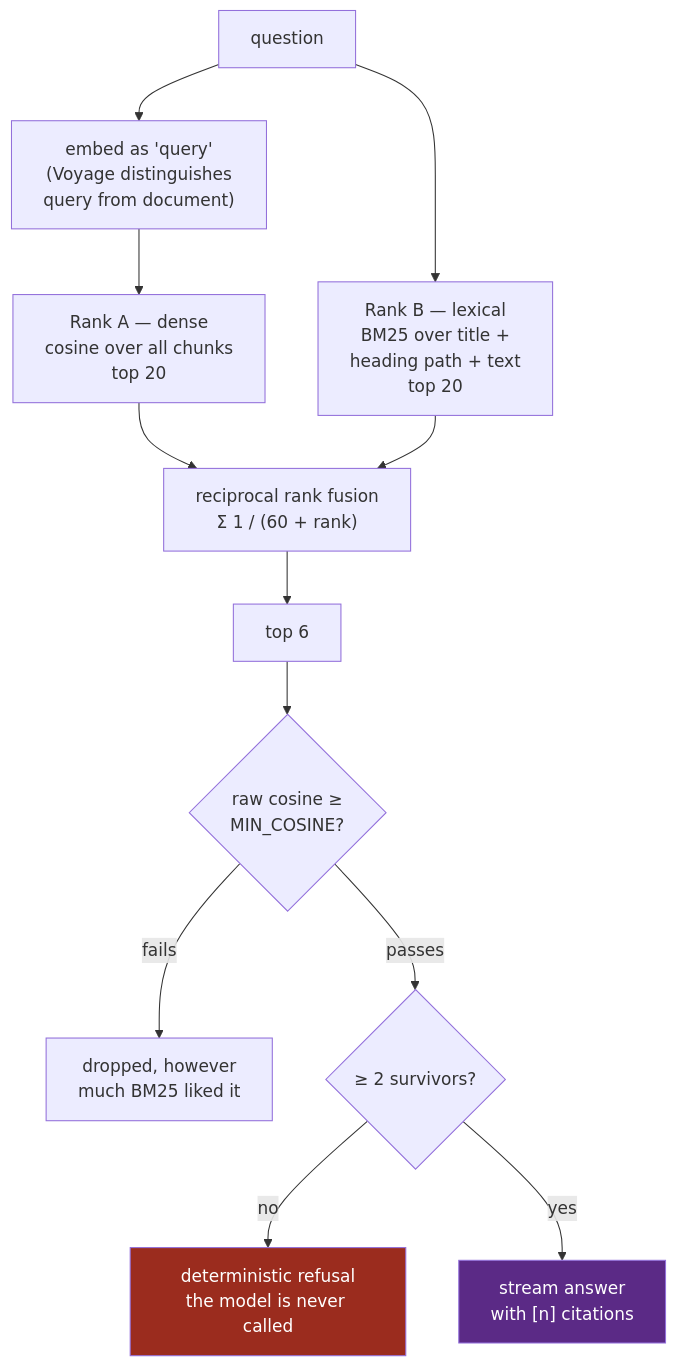
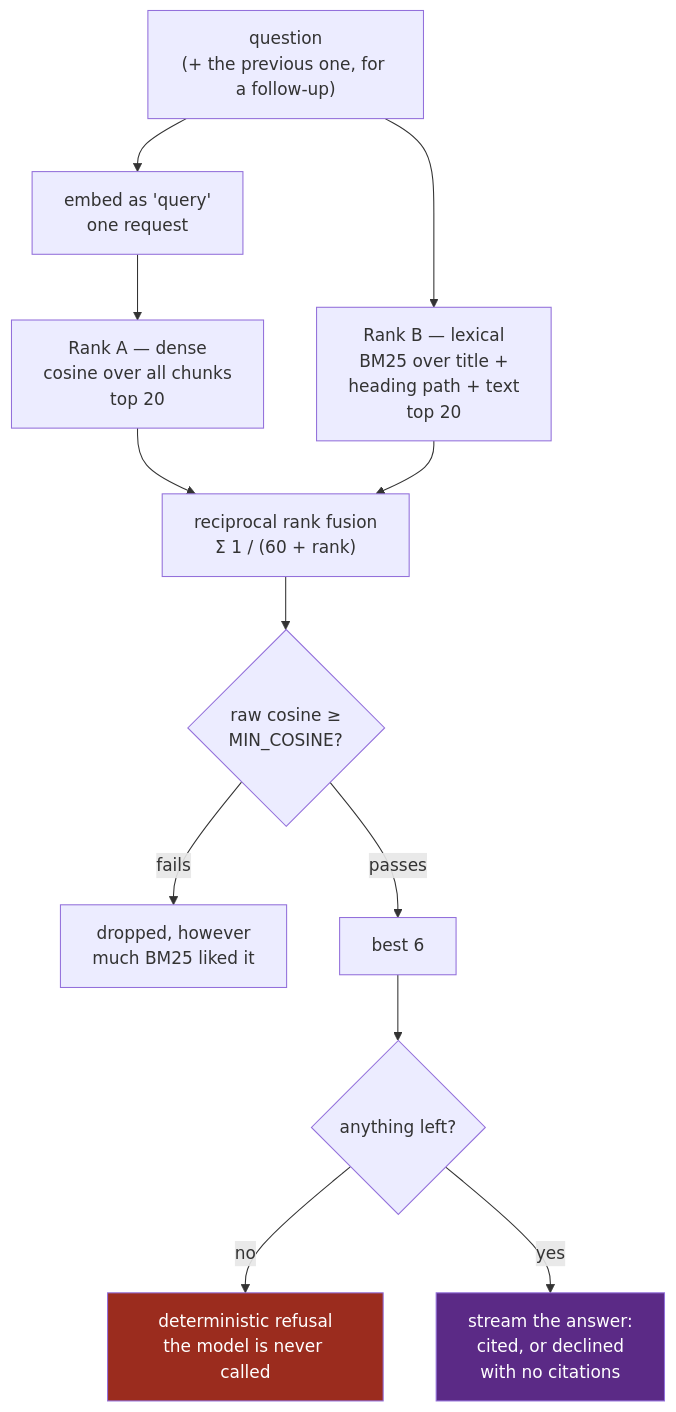
The sixth of 10 diagrams in README.md (jjalcantara1/instant_chatbot), drawn with Mermaid before and after one commit. The commit also changed other lines of this file and 32 other files, not shown here.

````diff
--- a/README.md
+++ b/README.md
@@ -285,17 +333,17 @@
 ```mermaid
 flowchart TB
-    Q["question"] --> EMB["embed as 'query'<br/>(Voyage distinguishes<br/>query from document)"]
+    Q["question<br/>(+ the previous one, for a follow-up)"] --> EMB["embed as 'query'<br/>one request"]
     EMB --> A["Rank A — dense<br/>cosine over all chunks<br/>top 20"]
     Q --> B["Rank B — lexical<br/>BM25 over title +<br/>heading path + text<br/>top 20"]
     A --> RRF["reciprocal rank fusion<br/>Σ 1 / (60 + rank)"]
     B --> RRF
-    RRF --> TOP["top 6"]
-    TOP --> FLOOR{"raw cosine ≥<br/>MIN_COSINE?"}
+    RRF --> FLOOR{"raw cosine ≥<br/>MIN_COSINE?"}
     FLOOR -->|"fails"| DROP["dropped, however<br/>much BM25 liked it"]
-    FLOOR -->|"passes"| COUNT{"≥ 2 survivors?"}
+    FLOOR -->|"passes"| TOP["best 6"]
+    TOP --> COUNT{"anything left?"}
     COUNT -->|"no"| REFUSE["deterministic refusal<br/>the model is never called"]
-    COUNT -->|"yes"| GEN["stream answer<br/>with [n] citations"]
+    COUNT -->|"yes"| GEN["stream the answer:<br/>cited, or declined<br/>with no citations"]
 
     style REFUSE fill:#9B2C1E,color:#fff
     style GEN fill:#5B2A86,color:#fff
 ```
````
